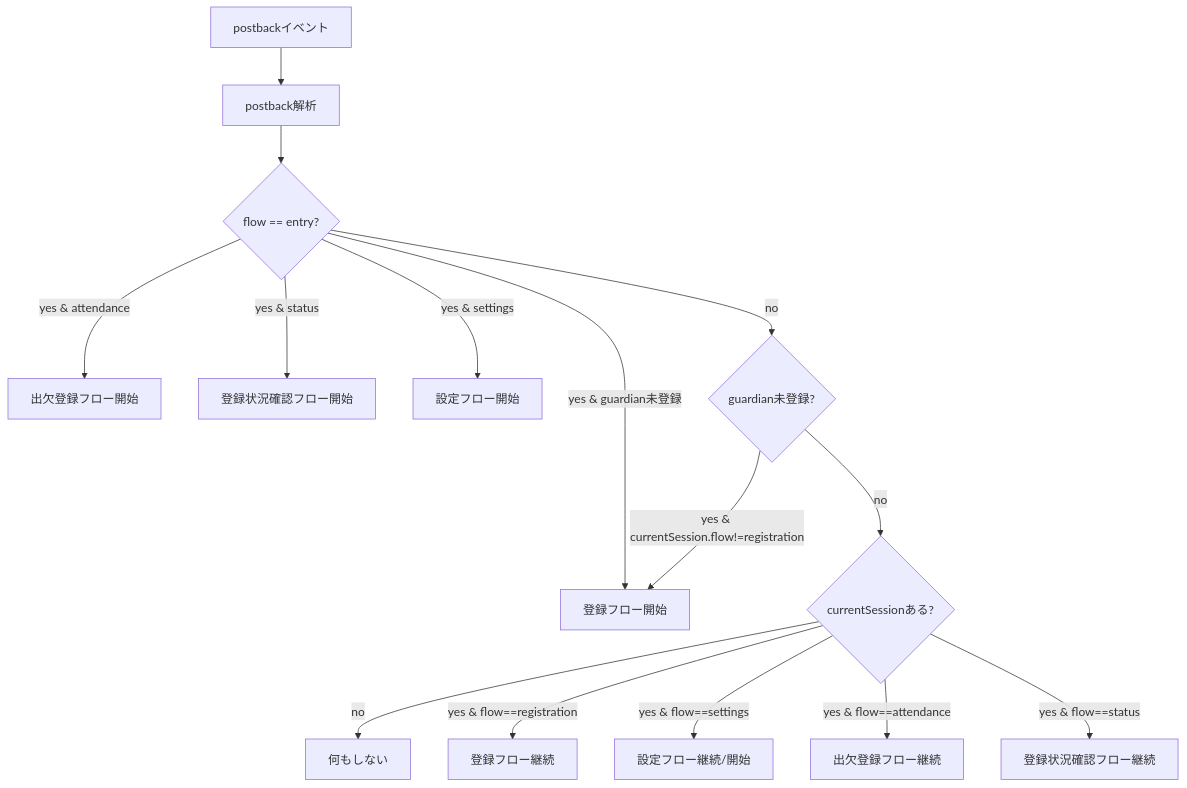
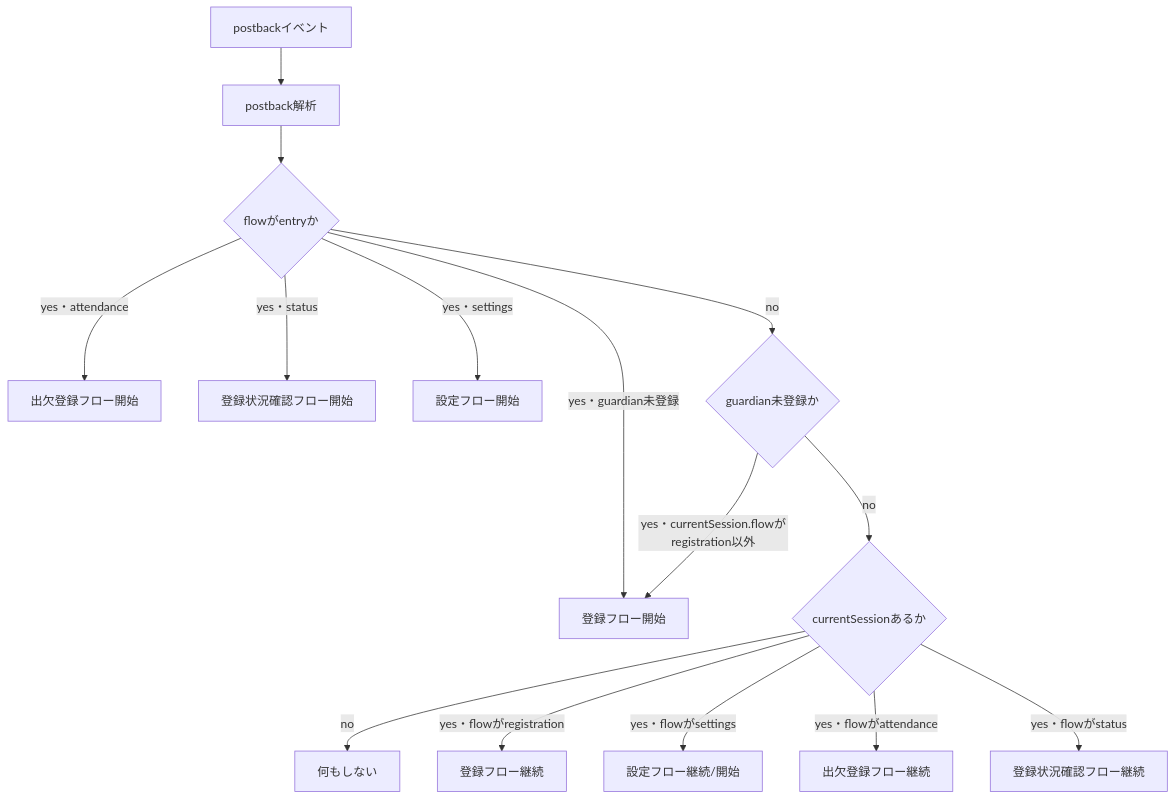
One commit to wakodai/free-school-try5 changed the third of 10 diagrams in docs/line-flow-diagrams.md. Above: the diagram before and after it, drawn with Mermaid. The commit also changed other lines of this file, not shown here.

Commit message:
Mermaid図のパースエラー表記を修正

````diff
--- a/docs/line-flow-diagrams.md
+++ b/docs/line-flow-diagrams.md
@@ -33,19 +33,19 @@
 ```mermaid
 flowchart TD
   A[postbackイベント] --> B[postback解析]
-  B --> C{flow == entry?}
-  C -->|yes & guardian未登録| D[登録フロー開始]
-  C -->|yes & attendance| E[出欠登録フロー開始]
-  C -->|yes & status| F[登録状況確認フロー開始]
-  C -->|yes & settings| G[設定フロー開始]
+  B --> C{flowがentryか}
+  C -->|yes・guardian未登録| D[登録フロー開始]
+  C -->|yes・attendance| E[出欠登録フロー開始]
+  C -->|yes・status| F[登録状況確認フロー開始]
+  C -->|yes・settings| G[設定フロー開始]
 
-  C -->|no| H{guardian未登録?}
-  H -->|yes & currentSession.flow!=registration| D
-  H -->|no| I{currentSessionある?}
+  C -->|no| H{guardian未登録か}
+  H -->|yes・currentSession.flowがregistration以外| D
+  H -->|no| I{currentSessionあるか}
   I -->|no| J[何もしない]
 
-  I -->|yes & flow==registration| K[登録フロー継続]
-  I -->|yes & flow==settings| L[設定フロー継続/開始]
-  I -->|yes & flow==attendance| M[出欠登録フロー継続]
-  I -->|yes & flow==status| N[登録状況確認フロー継続]
+  I -->|yes・flowがregistration| K[登録フロー継続]
+  I -->|yes・flowがsettings| L[設定フロー継続/開始]
+  I -->|yes・flowがattendance| M[出欠登録フロー継続]
+  I -->|yes・flowがstatus| N[登録状況確認フロー継続]
 ```
````
